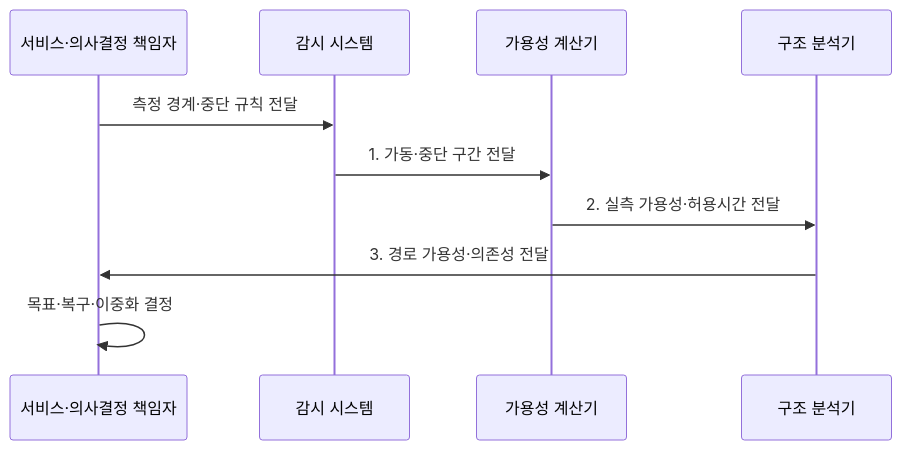
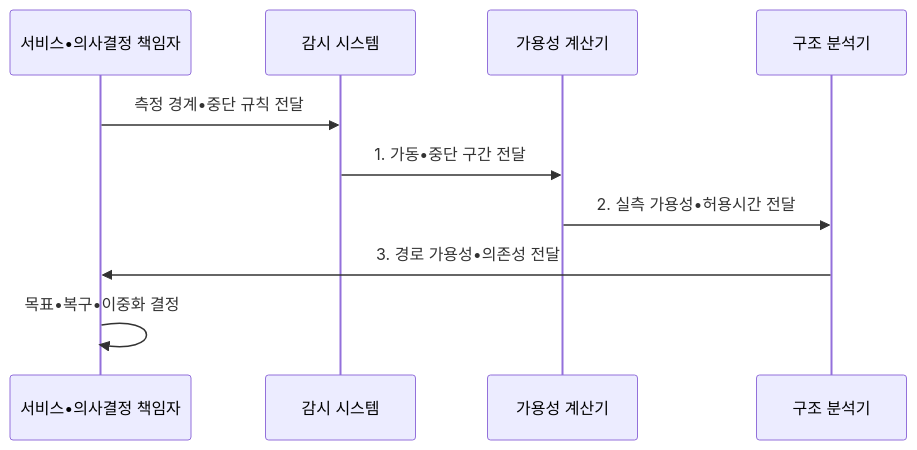
Before and after one commit to agnusdei1207/knowledge-base: the second of 2 diagrams in src/content/docs/notes/06-evaluation/013_availability_calculation.md, drawn with Mermaid. The commit also changed other lines of this file and 953 other files, not shown here.

````diff
--- a/src/content/docs/notes/06-evaluation/013_availability_calculation.md
+++ b/src/content/docs/notes/06-evaluation/013_availability_calculation.md
@@ -108,12 +108,12 @@
 ```mermaid
 sequenceDiagram
-  participant O as 서비스·의사결정 책임자
+  participant O as 서비스•의사결정 책임자
   participant M as 감시 시스템
   participant C as 가용성 계산기
   participant A as 구조 분석기
-  O->>M: 측정 경계·중단 규칙 전달
-  M->>C: 1. 가동·중단 구간 전달
-  C->>A: 2. 실측 가용성·허용시간 전달
-  A->>O: 3. 경로 가용성·의존성 전달
-  O->>O: 목표·복구·이중화 결정
+  O->>M: 측정 경계•중단 규칙 전달
+  M->>C: 1. 가동•중단 구간 전달
+  C->>A: 2. 실측 가용성•허용시간 전달
+  A->>O: 3. 경로 가용성•의존성 전달
+  O->>O: 목표•복구•이중화 결정
 ```
````
